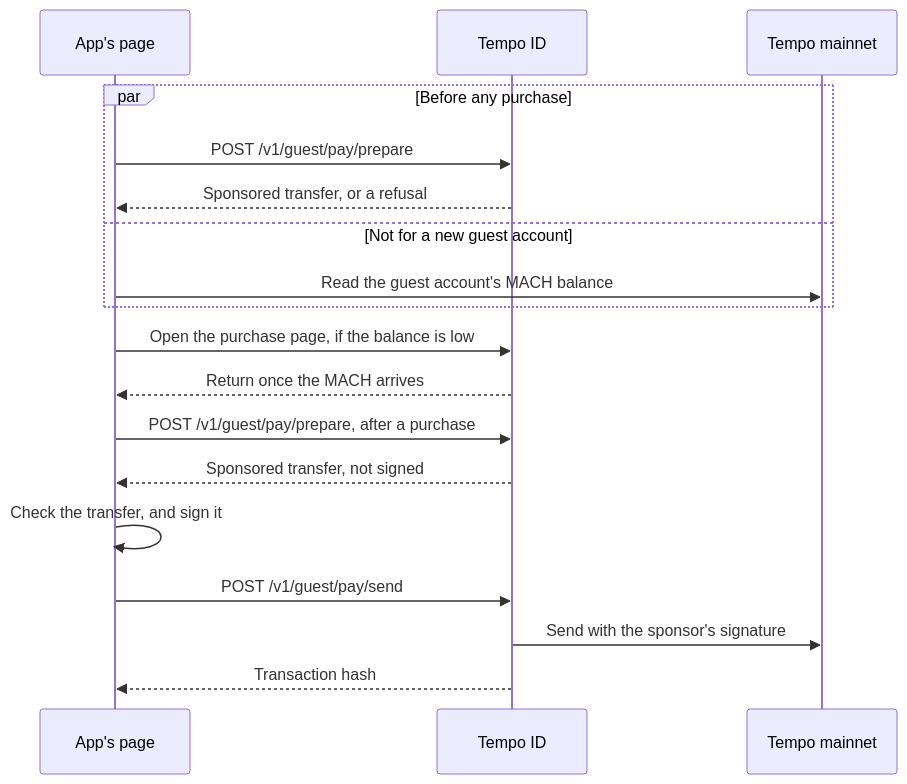
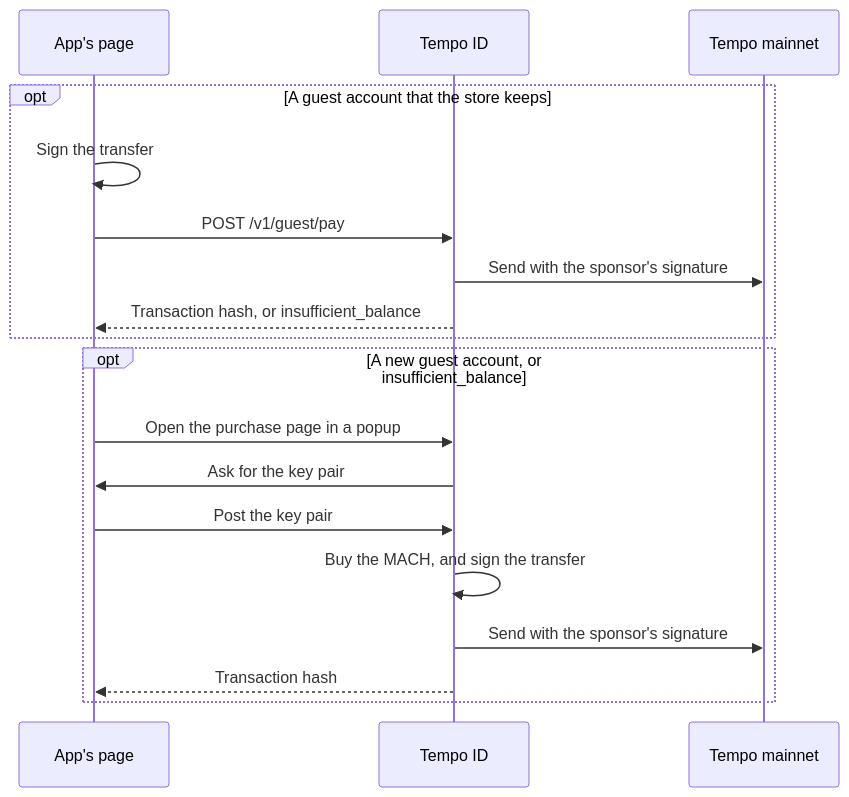
One commit to tempoxyz/accounts changed the diagram in site/src/pages/docs/guides/payments/guest.mdx. Above: the diagram before and after it, drawn with Mermaid. The commit also changed other lines of this file and 11 other files, not shown here.

Commit message:
feat(pay): send guest payments in one request, and hand the guest key to the purchase page

````diff
--- a/site/src/pages/docs/guides/payments/guest.mdx
+++ b/site/src/pages/docs/guides/payments/guest.mdx
@@ -14,20 +16,20 @@
 ```mermaid
 sequenceDiagram
   participant App as App's page
   participant ID as Tempo ID
   participant Chain as Tempo mainnet
-  par Before any purchase
-    App->>ID: POST /v1/guest/pay/prepare
-    ID-->>App: Sponsored transfer, or a refusal
-  and Not for a new guest account
-    App->>Chain: Read the guest account's MACH balance
+  opt A guest account that the store keeps
+    App->>App: Sign the transfer
+    App->>ID: POST /v1/guest/pay
+    ID->>Chain: Send with the sponsor's signature
+    ID-->>App: Transaction hash, or insufficient_balance
   end
-  App->>ID: Open the purchase page, if the balance is low
-  ID-->>App: Return once the MACH arrives
-  App->>ID: POST /v1/guest/pay/prepare, after a purchase
-  ID-->>App: Sponsored transfer, not signed
-  App->>App: Check the transfer, and sign it
-  App->>ID: POST /v1/guest/pay/send
-  ID->>Chain: Send with the sponsor's signature
-  ID-->>App: Transaction hash
+  opt A new guest account, or insufficient_balance
+    App->>ID: Open the purchase page in a popup
+    ID->>App: Ask for the key pair
+    App->>ID: Post the key pair
+    ID->>ID: Buy the MACH, and sign the transfer
+    ID->>Chain: Send with the sponsor's signature
+    ID-->>App: Transaction hash
+  end
 ```
````
